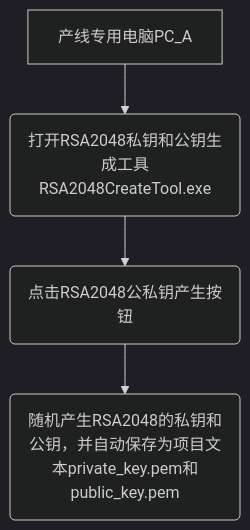
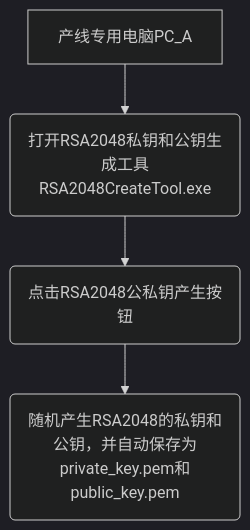
The diagram in all/未命名-10.md (facebook-cloud/iodraw-files), drawn with Mermaid (dark theme) before and after one commit.

Commit message:
2026-01-06 20:28:43 update

````diff
--- a/all/未命名-10.md
+++ b/all/未命名-10.md
@@ -1,6 +1,6 @@
 ```mermaid
 graph TD
     A[产线专用电脑PC_A] --> B(打开RSA2048私钥和公钥生成工具RSA2048CreateTool.exe)
     B --> C(点击RSA2048公私钥产生按钮)
-    C --> F(随机产生RSA2048的私钥和公钥，并自动保存为项目文本private_key.pem和public_key.pem)
+    C --> F(随机产生RSA2048的私钥和公钥，并自动保存为private_key.pem和public_key.pem)
 ```
````
